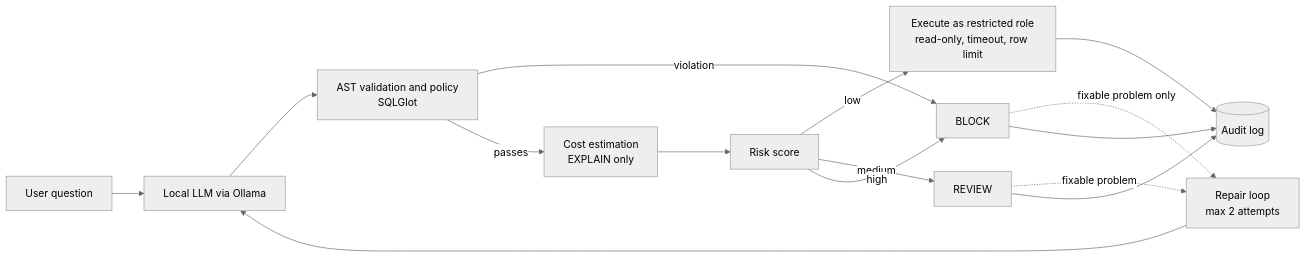
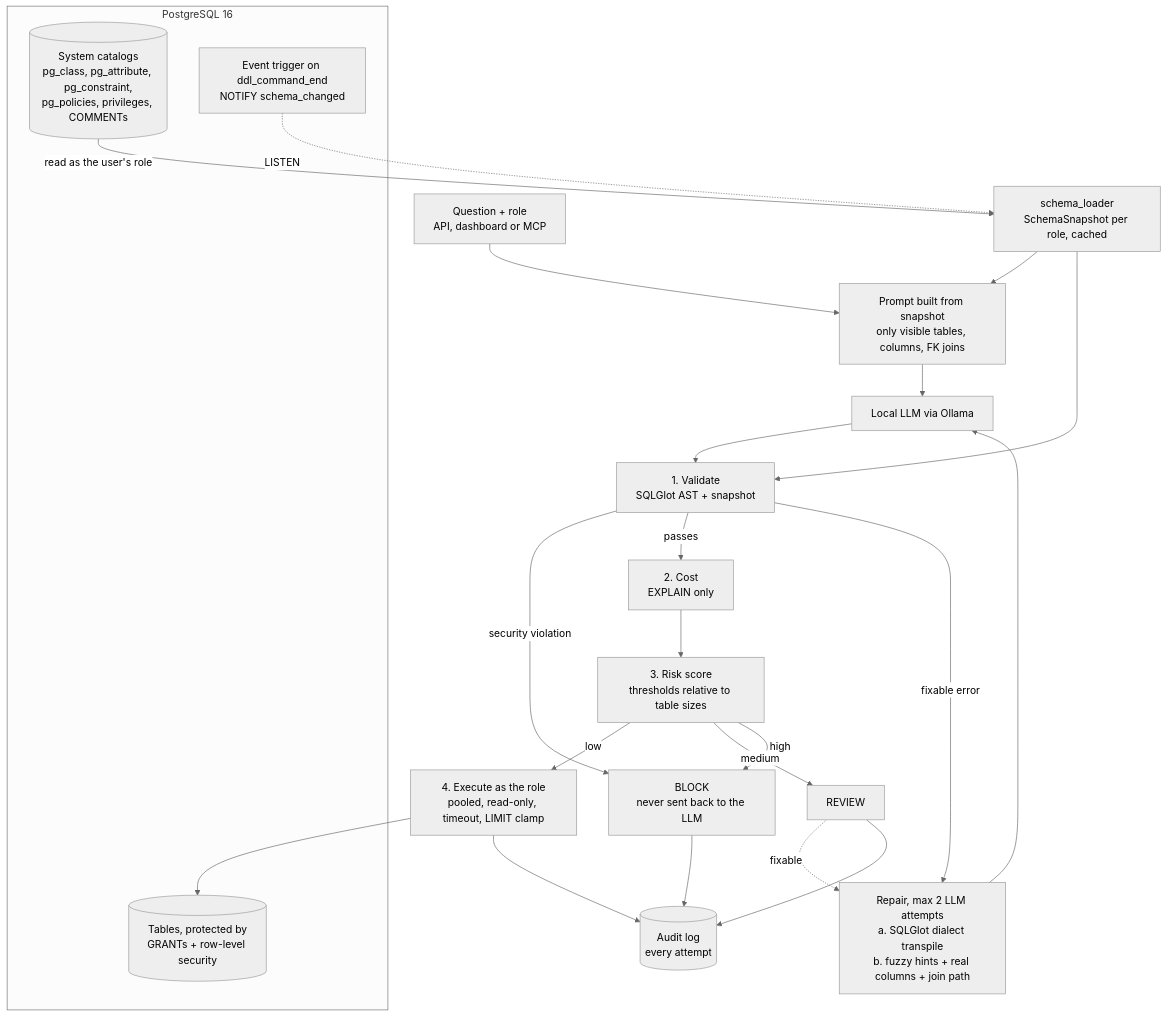
One commit to roshini-git-hub/LLM-to-SQL-Guardrail changed the diagram in README.md. Above: the diagram before and after it, drawn with Mermaid (neutral theme). The commit also changed other lines of this file and 2 other files, not shown here.

Commit message:
Task 5: README with new architecture, setup and any-database guide; summary doc

````diff
--- a/README.md
+++ b/README.md
@@ -9,17 +14,30 @@
 ```mermaid
-flowchart LR
-    Q[User question] --> L[Local LLM via Ollama]
-    L --> V[AST validation and policy<br/>SQLGlot]
-    V -->|violation| B[BLOCK]
-    V -->|passes| C[Cost estimation<br/>EXPLAIN only]
-    C --> R[Risk score]
-    R -->|low| X[Execute as restricted role<br/>read-only, timeout, row limit]
+flowchart TD
+    subgraph PG[PostgreSQL 16]
+        CAT[(System catalogs<br/>pg_class, pg_attribute, pg_constraint,<br/>pg_policies, privileges, COMMENTs)]
+        EVT[Event trigger on ddl_command_end<br/>NOTIFY schema_changed]
+        DATA[(Tables, protected by<br/>GRANTs + row-level security)]
+    end
+
+    CAT -->|read as the user's role| SL[schema_loader<br/>SchemaSnapshot per role, cached]
+    EVT -.->|LISTEN| SL
+
+    Q[Question + role<br/>API, dashboard or MCP] --> PR[Prompt built from snapshot<br/>only visible tables, columns, FK joins]
+    SL --> PR
+    PR --> L[Local LLM via Ollama]
+    L --> V[1. Validate<br/>SQLGlot AST + snapshot]
+    SL --> V
+    V -->|security violation| B[BLOCK<br/>never sent back to the LLM]
+    V -->|passes| C[2. Cost<br/>EXPLAIN only]
+    C --> R[3. Risk score<br/>thresholds relative to table sizes]
+    R -->|low| X[4. Execute as the role<br/>pooled, read-only, timeout, LIMIT clamp]
     R -->|medium| RV[REVIEW]
     R -->|high| B
-    RV -.->|fixable problem| P[Repair loop<br/>max 2 attempts]
-    B -.->|fixable problem only| P
-    P --> L
-    X --> A[(Audit log)]
+    V -->|fixable error| FX[Repair, max 2 LLM attempts<br/>a. SQLGlot dialect transpile<br/>b. fuzzy hints + real columns + join path]
+    RV -.->|fixable| FX
+    FX --> L
+    X --> DATA
+    X --> A[(Audit log<br/>every attempt)]
     B --> A
     RV --> A
 ```
````
